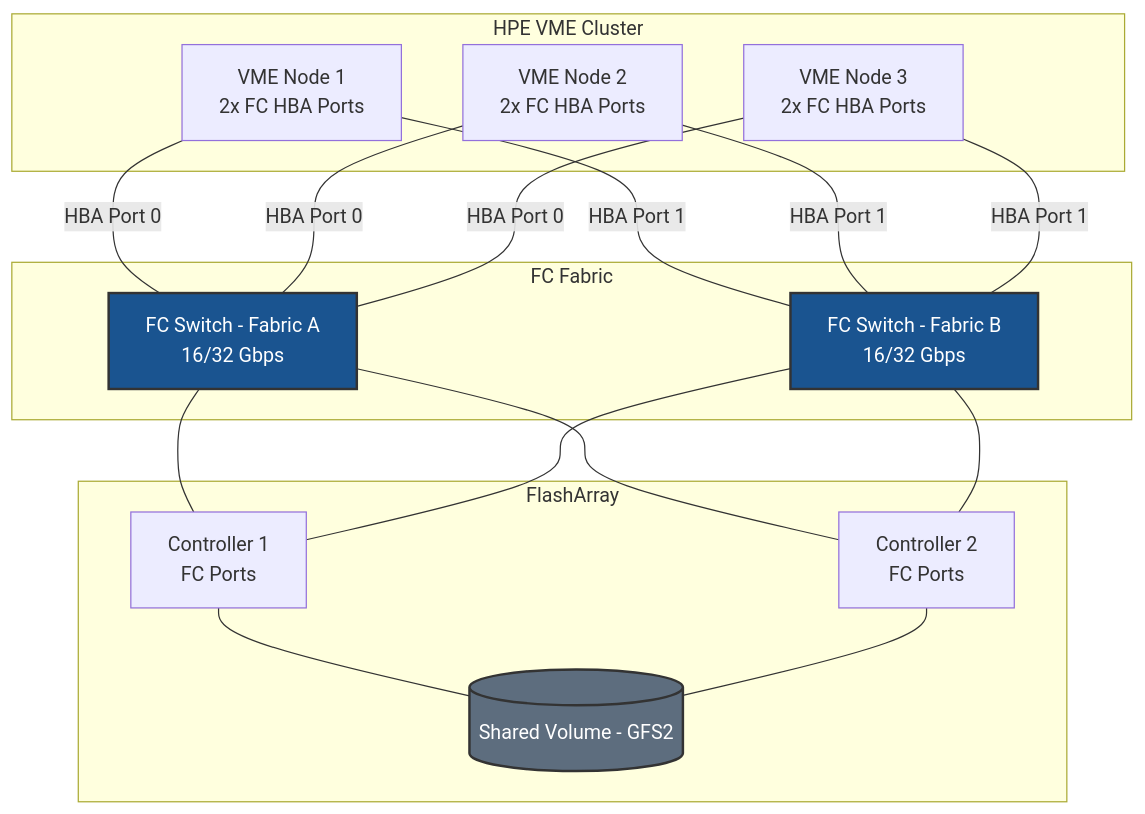
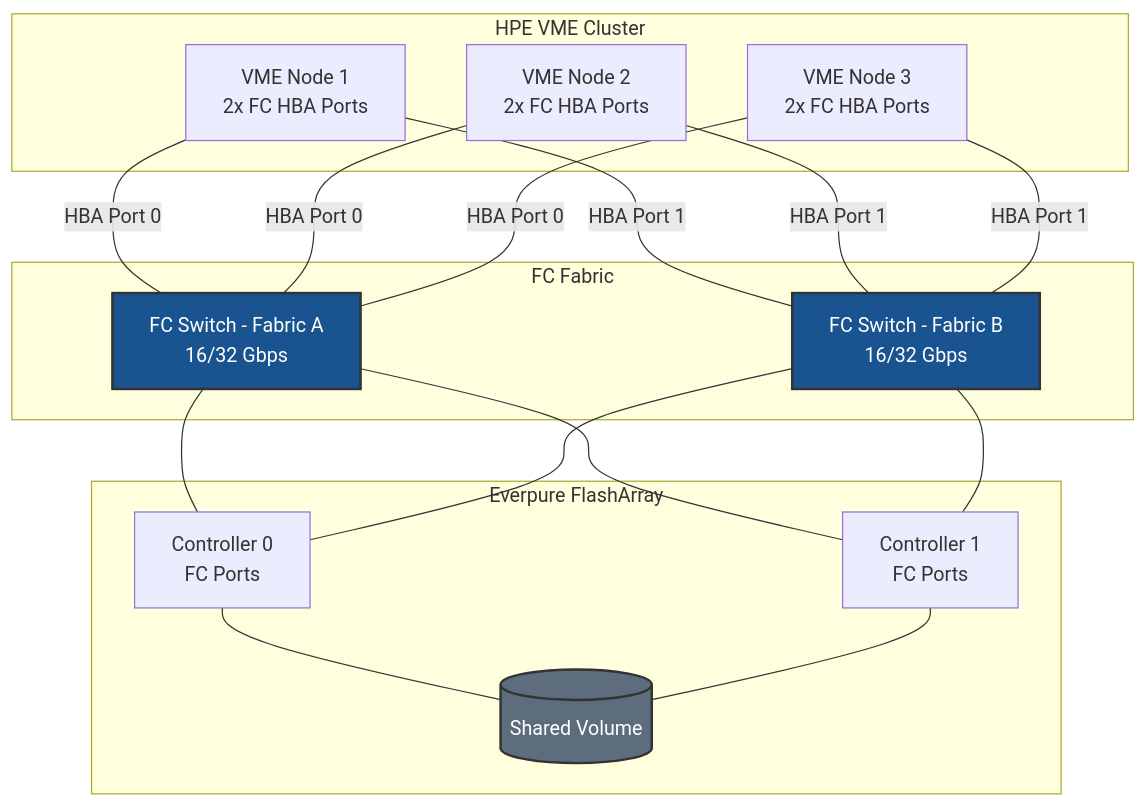
One commit to khensler/Quickstart-Guides changed the first of 2 diagrams in distributions/hpe-vme/fc/BEST-PRACTICES.md. Above: the diagram before and after it, drawn with Mermaid. The commit also changed other lines of this file and 5 other files, not shown here.

````diff
--- a/distributions/hpe-vme/fc/BEST-PRACTICES.md
+++ b/distributions/hpe-vme/fc/BEST-PRACTICES.md
@@ -30,38 +34,38 @@
 ```mermaid
 flowchart TB
     subgraph "HPE VME Cluster"
         NODE1[VME Node 1<br/>2x FC HBA Ports]
         NODE2[VME Node 2<br/>2x FC HBA Ports]
         NODE3[VME Node 3<br/>2x FC HBA Ports]
     end
 
     subgraph "FC Fabric"
         SWA[FC Switch - Fabric A<br/>16/32 Gbps]
         SWB[FC Switch - Fabric B<br/>16/32 Gbps]
     end
 
-    subgraph "FlashArray"
-        CTRL1[Controller 1<br/>FC Ports]
-        CTRL2[Controller 2<br/>FC Ports]
-        LUN[(Shared Volume - GFS2)]
+    subgraph "Everpure FlashArray"
+        CTRL1[Controller 0<br/>FC Ports]
+        CTRL2[Controller 1<br/>FC Ports]
+        LUN[(Shared Volume)]
     end
 
     NODE1 ---|HBA Port 0| SWA
     NODE1 ---|HBA Port 1| SWB
     NODE2 ---|HBA Port 0| SWA
     NODE2 ---|HBA Port 1| SWB
     NODE3 ---|HBA Port 0| SWA
     NODE3 ---|HBA Port 1| SWB
 
     SWA --- CTRL1
     SWA --- CTRL2
     SWB --- CTRL1
     SWB --- CTRL2
 
     CTRL1 --- LUN
     CTRL2 --- LUN
 
     style LUN fill:#5d6d7e,stroke:#333,stroke-width:2px,color:#fff
     style SWA fill:#1a5490,stroke:#333,stroke-width:2px,color:#fff
     style SWB fill:#1a5490,stroke:#333,stroke-width:2px,color:#fff
 ```
````
